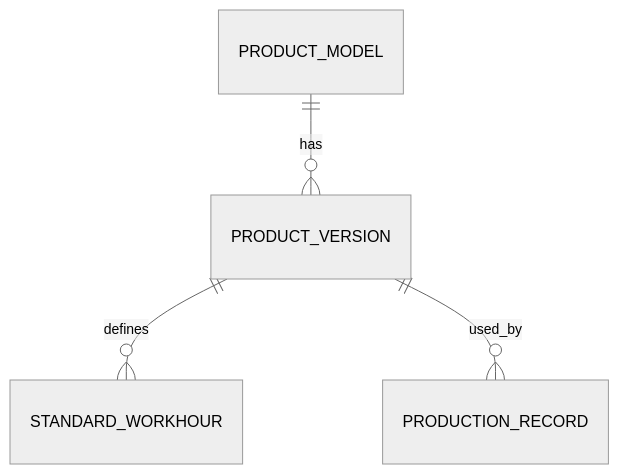
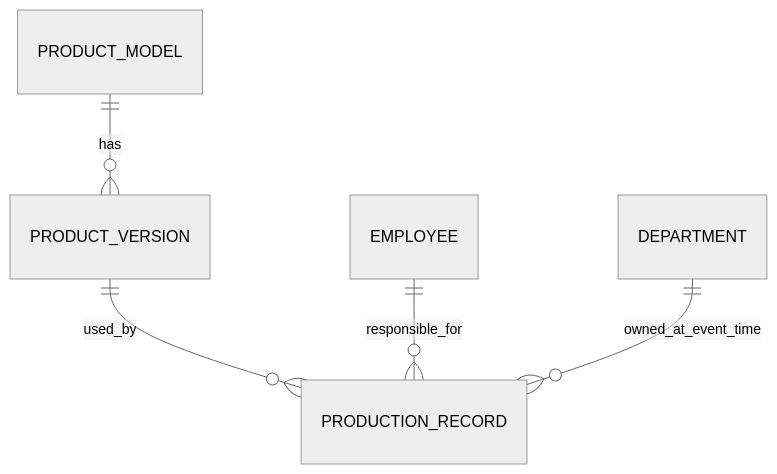
The diagram in examples/manufacturing/data-model-review.md (Hello-DaTang/design-before-code), drawn with Mermaid (neutral theme) before and after one commit. The commit also changed other lines of this file, not shown here.

````diff
--- a/examples/manufacturing/data-model-review.md
+++ b/examples/manufacturing/data-model-review.md
@@ -22,6 +29,7 @@
 ```mermaid
 erDiagram
     PRODUCT_MODEL ||--o{ PRODUCT_VERSION : has
-    PRODUCT_VERSION ||--o{ STANDARD_WORKHOUR : defines
     PRODUCT_VERSION ||--o{ PRODUCTION_RECORD : used_by
+    EMPLOYEE ||--o{ PRODUCTION_RECORD : responsible_for
+    DEPARTMENT ||--o{ PRODUCTION_RECORD : owned_at_event_time
 ```
````
